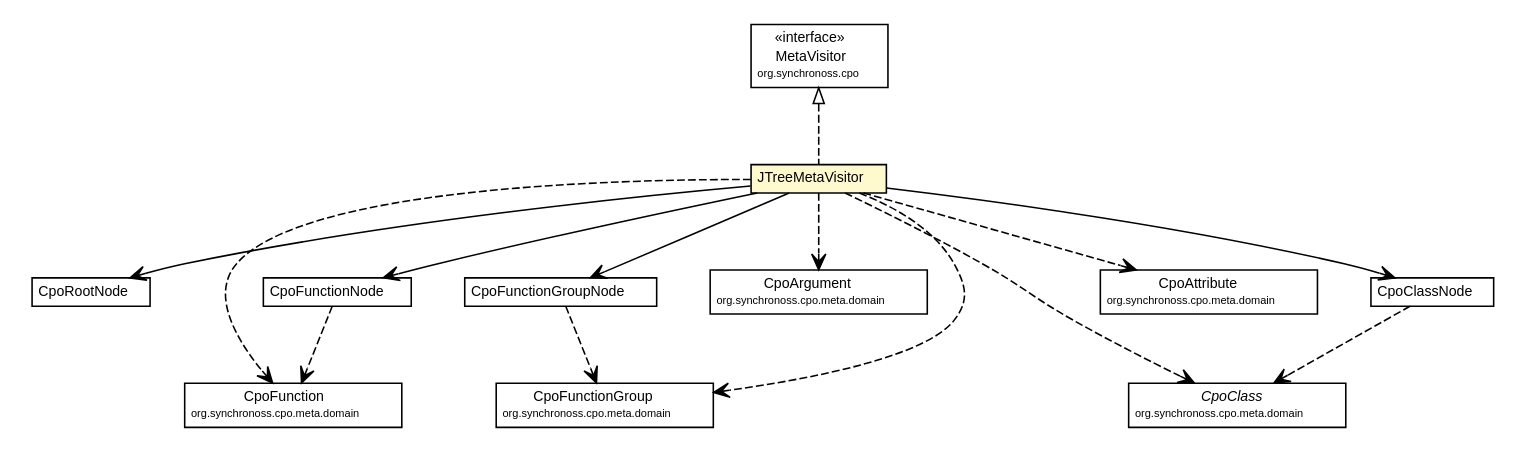
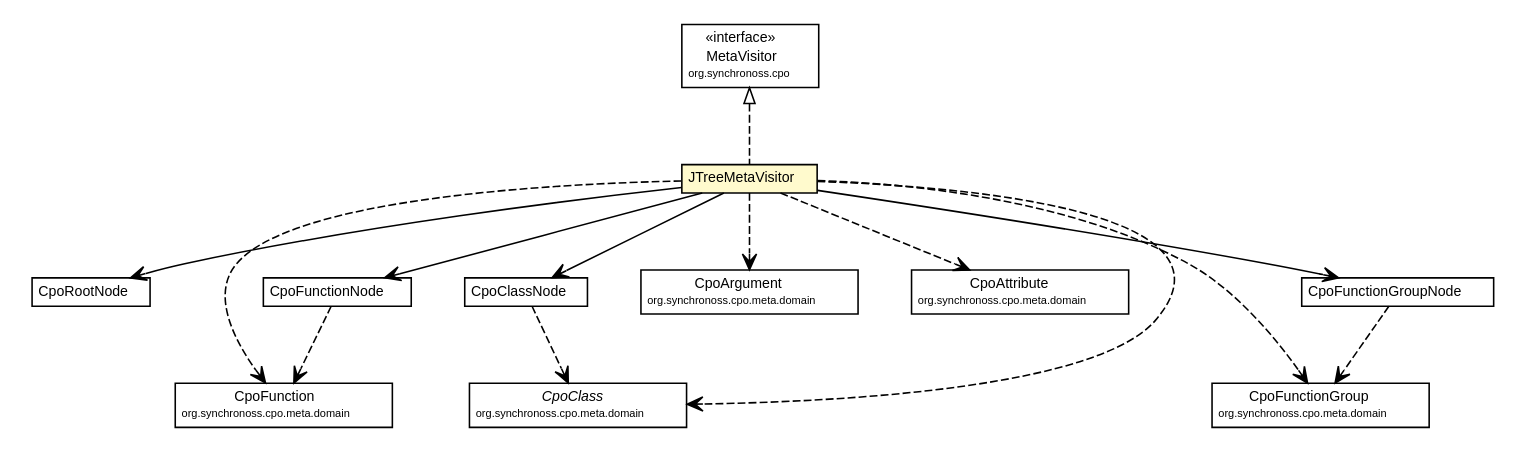
The diagram in site/apidocs/org/synchronoss/cpo/util/JTreeMetaVisitor.dot (synchronoss/cpo-util), drawn with Graphviz before and after one commit. The commit also changed 287 other files, not shown here.

Commit message:
Creating site for cpoUtil, 5.1.1-SNAPSHOT

```diff
--- a/site/apidocs/org/synchronoss/cpo/util/JTreeMetaVisitor.dot
+++ b/site/apidocs/org/synchronoss/cpo/util/JTreeMetaVisitor.dot
@@ -1,109 +1,109 @@
 #!/usr/local/bin/dot
 #
 # Class diagram 
 # Generated by UmlGraph version 4.6 (http://www.spinellis.gr/sw/umlgraph)
 #
 
 digraph G {
 	edge [fontname="Helvetica",fontsize=10,labelfontname="Helvetica",labelfontsize=10];
 	node [fontname="Helvetica",fontsize=10,shape=plaintext];
 	// org.synchronoss.cpo.util.JTreeMetaVisitor
 	c1707 [label=<<table border="0" cellborder="1" cellspacing="0" cellpadding="2" port="p" bgcolor="lemonChiffon" href="./JTreeMetaVisitor.html">
 		<tr><td><table border="0" cellspacing="0" cellpadding="1">
 			<tr><td> JTreeMetaVisitor </td></tr>
 		</table></td></tr>
 		</table>>, fontname="Helvetica", fontcolor="black", fontsize=9.0];
 	// org.synchronoss.cpo.util.CpoRootNode
 	c1715 [label=<<table border="0" cellborder="1" cellspacing="0" cellpadding="2" port="p" href="./CpoRootNode.html">
 		<tr><td><table border="0" cellspacing="0" cellpadding="1">
 			<tr><td> CpoRootNode </td></tr>
 		</table></td></tr>
 		</table>>, fontname="Helvetica", fontcolor="black", fontsize=9.0];
 	// org.synchronoss.cpo.util.CpoFunctionNode
 	c1721 [label=<<table border="0" cellborder="1" cellspacing="0" cellpadding="2" port="p" href="./CpoFunctionNode.html">
 		<tr><td><table border="0" cellspacing="0" cellpadding="1">
 			<tr><td> CpoFunctionNode </td></tr>
 		</table></td></tr>
 		</table>>, fontname="Helvetica", fontcolor="black", fontsize=9.0];
 	// org.synchronoss.cpo.util.CpoClassNode
 	c1723 [label=<<table border="0" cellborder="1" cellspacing="0" cellpadding="2" port="p" href="./CpoClassNode.html">
 		<tr><td><table border="0" cellspacing="0" cellpadding="1">
 			<tr><td> CpoClassNode </td></tr>
 		</table></td></tr>
 		</table>>, fontname="Helvetica", fontcolor="black", fontsize=9.0];
 	// org.synchronoss.cpo.util.CpoFunctionGroupNode
 	c1728 [label=<<table border="0" cellborder="1" cellspacing="0" cellpadding="2" port="p" href="./CpoFunctionGroupNode.html">
 		<tr><td><table border="0" cellspacing="0" cellpadding="1">
 			<tr><td> CpoFunctionGroupNode </td></tr>
 		</table></td></tr>
 		</table>>, fontname="Helvetica", fontcolor="black", fontsize=9.0];
 	//org.synchronoss.cpo.util.JTreeMetaVisitor implements org.synchronoss.cpo.MetaVisitor
 	c1764:p -> c1707:p [dir=back,arrowtail=empty,style=dashed];
 	// org.synchronoss.cpo.util.JTreeMetaVisitor NAVASSOC org.synchronoss.cpo.util.CpoRootNode
 	c1707:p -> c1715:p [taillabel="", label="", headlabel="", fontname="Helvetica", fontcolor="black", fontsize=10.0, color="black", arrowhead=open];
 	// org.synchronoss.cpo.util.JTreeMetaVisitor NAVASSOC org.synchronoss.cpo.util.CpoClassNode
 	c1707:p -> c1723:p [taillabel="", label="", headlabel="", fontname="Helvetica", fontcolor="black", fontsize=10.0, color="black", arrowhead=open];
 	// org.synchronoss.cpo.util.JTreeMetaVisitor NAVASSOC org.synchronoss.cpo.util.CpoFunctionGroupNode
 	c1707:p -> c1728:p [taillabel="", label="", headlabel="", fontname="Helvetica", fontcolor="black", fontsize=10.0, color="black", arrowhead=open];
 	// org.synchronoss.cpo.util.JTreeMetaVisitor NAVASSOC org.synchronoss.cpo.util.CpoFunctionNode
 	c1707:p -> c1721:p [taillabel="", label="", headlabel="", fontname="Helvetica", fontcolor="black", fontsize=10.0, color="black", arrowhead=open];
 	// org.synchronoss.cpo.util.JTreeMetaVisitor DEPEND org.synchronoss.cpo.meta.domain.CpoArgument
 	c1707:p -> c1765:p [taillabel="", label="", headlabel="", fontname="Helvetica", fontcolor="black", fontsize=10.0, color="black", arrowhead=open, style=dashed];
-	// org.synchronoss.cpo.util.JTreeMetaVisitor DEPEND org.synchronoss.cpo.meta.domain.CpoFunction
+	// org.synchronoss.cpo.util.JTreeMetaVisitor DEPEND org.synchronoss.cpo.meta.domain.CpoAttribute
 	c1707:p -> c1766:p [taillabel="", label="", headlabel="", fontname="Helvetica", fontcolor="black", fontsize=10.0, color="black", arrowhead=open, style=dashed];
 	// org.synchronoss.cpo.util.JTreeMetaVisitor DEPEND org.synchronoss.cpo.meta.domain.CpoFunctionGroup
 	c1707:p -> c1768:p [taillabel="", label="", headlabel="", fontname="Helvetica", fontcolor="black", fontsize=10.0, color="black", arrowhead=open, style=dashed];
-	// org.synchronoss.cpo.util.JTreeMetaVisitor DEPEND org.synchronoss.cpo.meta.domain.CpoAttribute
+	// org.synchronoss.cpo.util.JTreeMetaVisitor DEPEND org.synchronoss.cpo.meta.domain.CpoFunction
 	c1707:p -> c1769:p [taillabel="", label="", headlabel="", fontname="Helvetica", fontcolor="black", fontsize=10.0, color="black", arrowhead=open, style=dashed];
 	// org.synchronoss.cpo.util.JTreeMetaVisitor DEPEND org.synchronoss.cpo.meta.domain.CpoClass
 	c1707:p -> c1770:p [taillabel="", label="", headlabel="", fontname="Helvetica", fontcolor="black", fontsize=10.0, color="black", arrowhead=open, style=dashed];
 	// org.synchronoss.cpo.util.CpoFunctionNode DEPEND org.synchronoss.cpo.meta.domain.CpoFunction
-	c1721:p -> c1766:p [taillabel="", label="", headlabel="", fontname="Helvetica", fontcolor="black", fontsize=10.0, color="black", arrowhead=open, style=dashed];
+	c1721:p -> c1769:p [taillabel="", label="", headlabel="", fontname="Helvetica", fontcolor="black", fontsize=10.0, color="black", arrowhead=open, style=dashed];
 	// org.synchronoss.cpo.util.CpoClassNode DEPEND org.synchronoss.cpo.meta.domain.CpoClass
 	c1723:p -> c1770:p [taillabel="", label="", headlabel="", fontname="Helvetica", fontcolor="black", fontsize=10.0, color="black", arrowhead=open, style=dashed];
 	// org.synchronoss.cpo.util.CpoFunctionGroupNode DEPEND org.synchronoss.cpo.meta.domain.CpoFunctionGroup
 	c1728:p -> c1768:p [taillabel="", label="", headlabel="", fontname="Helvetica", fontcolor="black", fontsize=10.0, color="black", arrowhead=open, style=dashed];
 	// org.synchronoss.cpo.meta.domain.CpoClass
 	c1770 [label=<<table border="0" cellborder="1" cellspacing="0" cellpadding="2" port="p" href="http://java.sun.com/j2se/1.4.2/docs/api/org/synchronoss/cpo/meta/domain/CpoClass.html">
 		<tr><td><table border="0" cellspacing="0" cellpadding="1">
 			<tr><td><font face="Helvetica-Oblique"> CpoClass </font></td></tr>
 			<tr><td><font point-size="7.0"> org.synchronoss.cpo.meta.domain </font></td></tr>
 		</table></td></tr>
 		</table>>, fontname="Helvetica", fontcolor="black", fontsize=9.0];
 	// org.synchronoss.cpo.meta.domain.CpoArgument
 	c1765 [label=<<table border="0" cellborder="1" cellspacing="0" cellpadding="2" port="p" href="http://java.sun.com/j2se/1.4.2/docs/api/org/synchronoss/cpo/meta/domain/CpoArgument.html">
 		<tr><td><table border="0" cellspacing="0" cellpadding="1">
 			<tr><td> CpoArgument </td></tr>
 			<tr><td><font point-size="7.0"> org.synchronoss.cpo.meta.domain </font></td></tr>
 		</table></td></tr>
 		</table>>, fontname="Helvetica", fontcolor="black", fontsize=9.0];
 	// org.synchronoss.cpo.meta.domain.CpoAttribute
-	c1769 [label=<<table border="0" cellborder="1" cellspacing="0" cellpadding="2" port="p" href="http://java.sun.com/j2se/1.4.2/docs/api/org/synchronoss/cpo/meta/domain/CpoAttribute.html">
+	c1766 [label=<<table border="0" cellborder="1" cellspacing="0" cellpadding="2" port="p" href="http://java.sun.com/j2se/1.4.2/docs/api/org/synchronoss/cpo/meta/domain/CpoAttribute.html">
 		<tr><td><table border="0" cellspacing="0" cellpadding="1">
 			<tr><td> CpoAttribute </td></tr>
 			<tr><td><font point-size="7.0"> org.synchronoss.cpo.meta.domain </font></td></tr>
 		</table></td></tr>
 		</table>>, fontname="Helvetica", fontcolor="black", fontsize=9.0];
 	// org.synchronoss.cpo.meta.domain.CpoFunction
-	c1766 [label=<<table border="0" cellborder="1" cellspacing="0" cellpadding="2" port="p" href="http://java.sun.com/j2se/1.4.2/docs/api/org/synchronoss/cpo/meta/domain/CpoFunction.html">
+	c1769 [label=<<table border="0" cellborder="1" cellspacing="0" cellpadding="2" port="p" href="http://java.sun.com/j2se/1.4.2/docs/api/org/synchronoss/cpo/meta/domain/CpoFunction.html">
 		<tr><td><table border="0" cellspacing="0" cellpadding="1">
 			<tr><td> CpoFunction </td></tr>
 			<tr><td><font point-size="7.0"> org.synchronoss.cpo.meta.domain </font></td></tr>
 		</table></td></tr>
 		</table>>, fontname="Helvetica", fontcolor="black", fontsize=9.0];
 	// org.synchronoss.cpo.meta.domain.CpoFunctionGroup
 	c1768 [label=<<table border="0" cellborder="1" cellspacing="0" cellpadding="2" port="p" href="http://java.sun.com/j2se/1.4.2/docs/api/org/synchronoss/cpo/meta/domain/CpoFunctionGroup.html">
 		<tr><td><table border="0" cellspacing="0" cellpadding="1">
 			<tr><td> CpoFunctionGroup </td></tr>
 			<tr><td><font point-size="7.0"> org.synchronoss.cpo.meta.domain </font></td></tr>
 		</table></td></tr>
 		</table>>, fontname="Helvetica", fontcolor="black", fontsize=9.0];
 	// org.synchronoss.cpo.MetaVisitor
 	c1764 [label=<<table border="0" cellborder="1" cellspacing="0" cellpadding="2" port="p" href="http://java.sun.com/j2se/1.4.2/docs/api/org/synchronoss/cpo/MetaVisitor.html">
 		<tr><td><table border="0" cellspacing="0" cellpadding="1">
 			<tr><td> &laquo;interface&raquo; </td></tr>
 			<tr><td> MetaVisitor </td></tr>
 			<tr><td><font point-size="7.0"> org.synchronoss.cpo </font></td></tr>
 		</table></td></tr>
 		</table>>, fontname="Helvetica", fontcolor="black", fontsize=9.0];
 }
```
